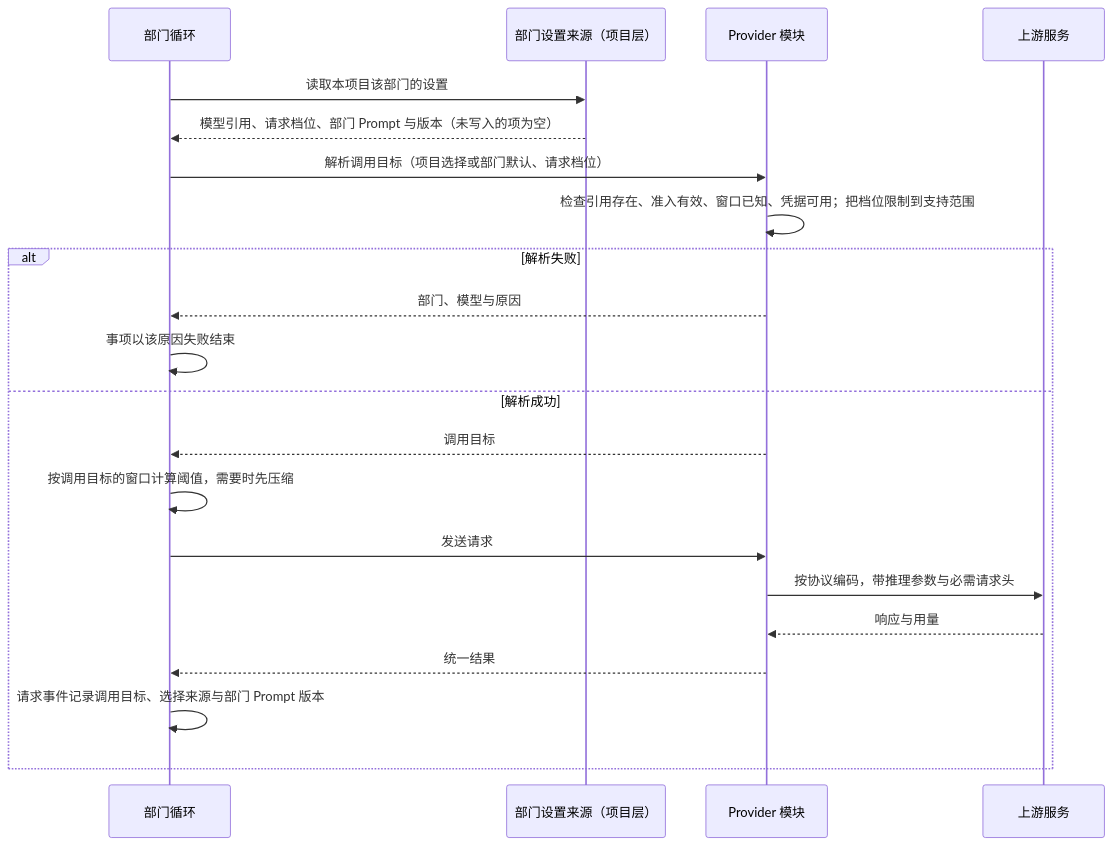
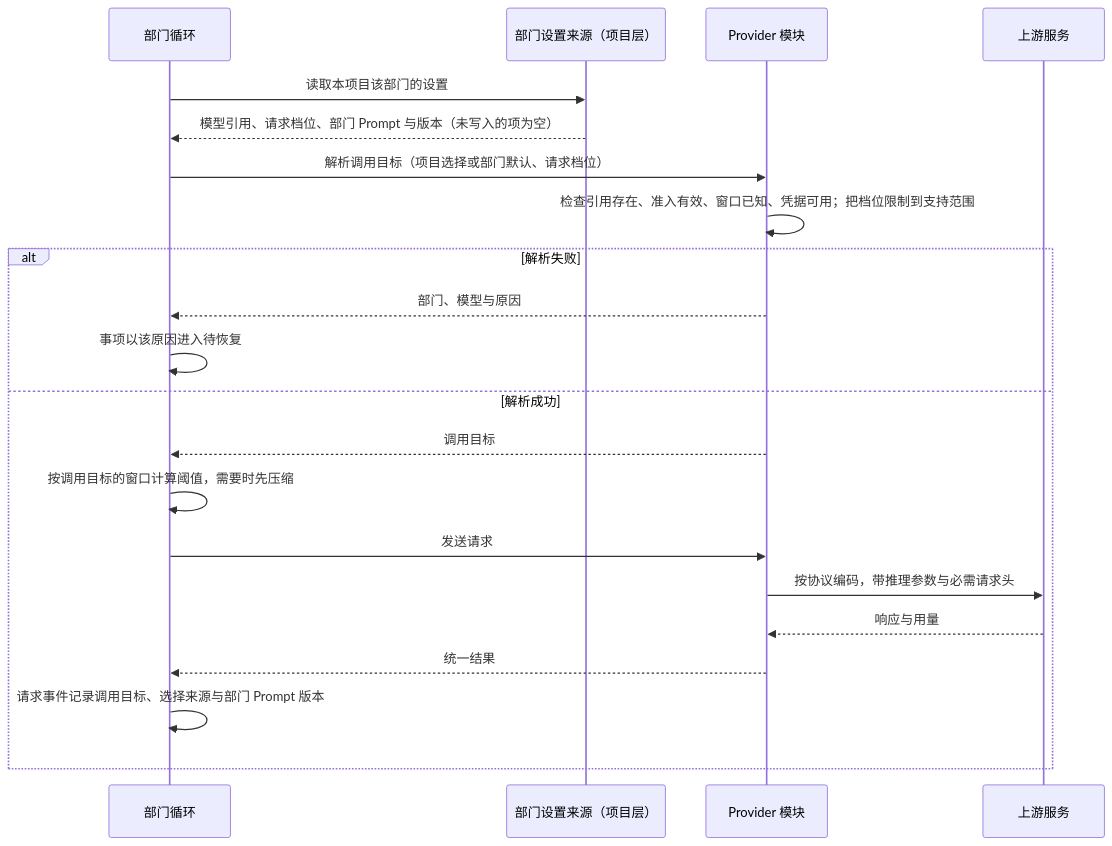
Before and after one commit to bender2333/yudao: the fourth of 4 diagrams in docs/design/model-management.md, drawn with Mermaid. The commit also changed other lines of this file and 7 other files, not shown here.

````diff
--- a/docs/design/model-management.md
+++ b/docs/design/model-management.md
@@ -205,23 +205,23 @@
 ```mermaid
 sequenceDiagram
   participant DeptLoop as 部门循环
   participant Src as 部门设置来源（项目层）
   participant PM as Provider 模块
   participant Up as 上游服务
   DeptLoop->>Src: 读取本项目该部门的设置
   Src-->>DeptLoop: 模型引用、请求档位、部门 Prompt 与版本（未写入的项为空）
   DeptLoop->>PM: 解析调用目标（项目选择或部门默认、请求档位）
   PM->>PM: 检查引用存在、准入有效、窗口已知、凭据可用；把档位限制到支持范围
   alt 解析失败
     PM-->>DeptLoop: 部门、模型与原因
-    DeptLoop->>DeptLoop: 事项以该原因失败结束
+    DeptLoop->>DeptLoop: 事项以该原因进入待恢复
   else 解析成功
     PM-->>DeptLoop: 调用目标
     DeptLoop->>DeptLoop: 按调用目标的窗口计算阈值，需要时先压缩
     DeptLoop->>PM: 发送请求
     PM->>Up: 按协议编码，带推理参数与必需请求头
     Up-->>PM: 响应与用量
     PM-->>DeptLoop: 统一结果
     DeptLoop->>DeptLoop: 请求事件记录调用目标、选择来源与部门 Prompt 版本
   end
 ```
````
